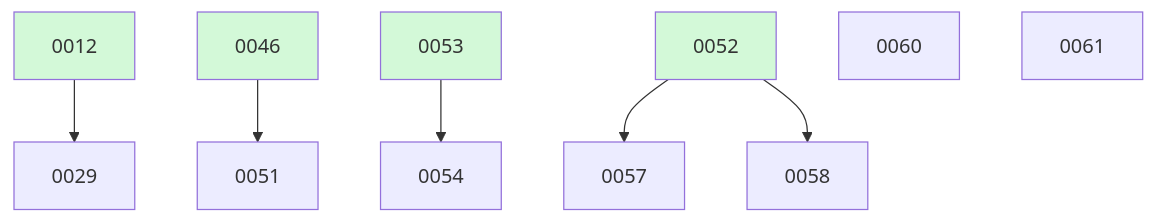
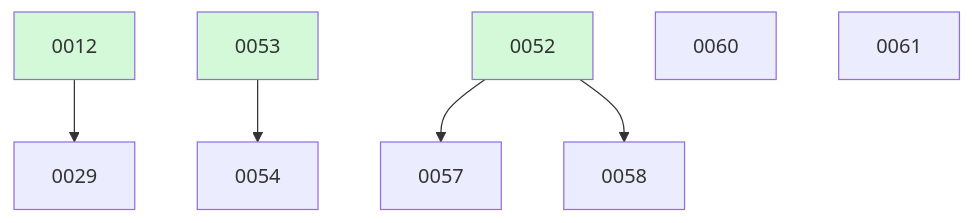
The diagram in docs/changes/BOARD.md (ethanhinson/fuse), drawn with Mermaid before and after one commit. The commit also changed other lines of this file, not shown here.

````diff
--- a/docs/changes/BOARD.md
+++ b/docs/changes/BOARD.md
@@ -27,15 +26,13 @@
 ```mermaid
 graph TD
   0012 --> 0029
-  0046 --> 0051
   0053 --> 0054
   0052 --> 0057
   0052 --> 0058
   0060
   0061
   0012:::done
-  0046:::done
   0052:::done
   0053:::done
   classDef done fill:#d3f9d8;
 ```
````
